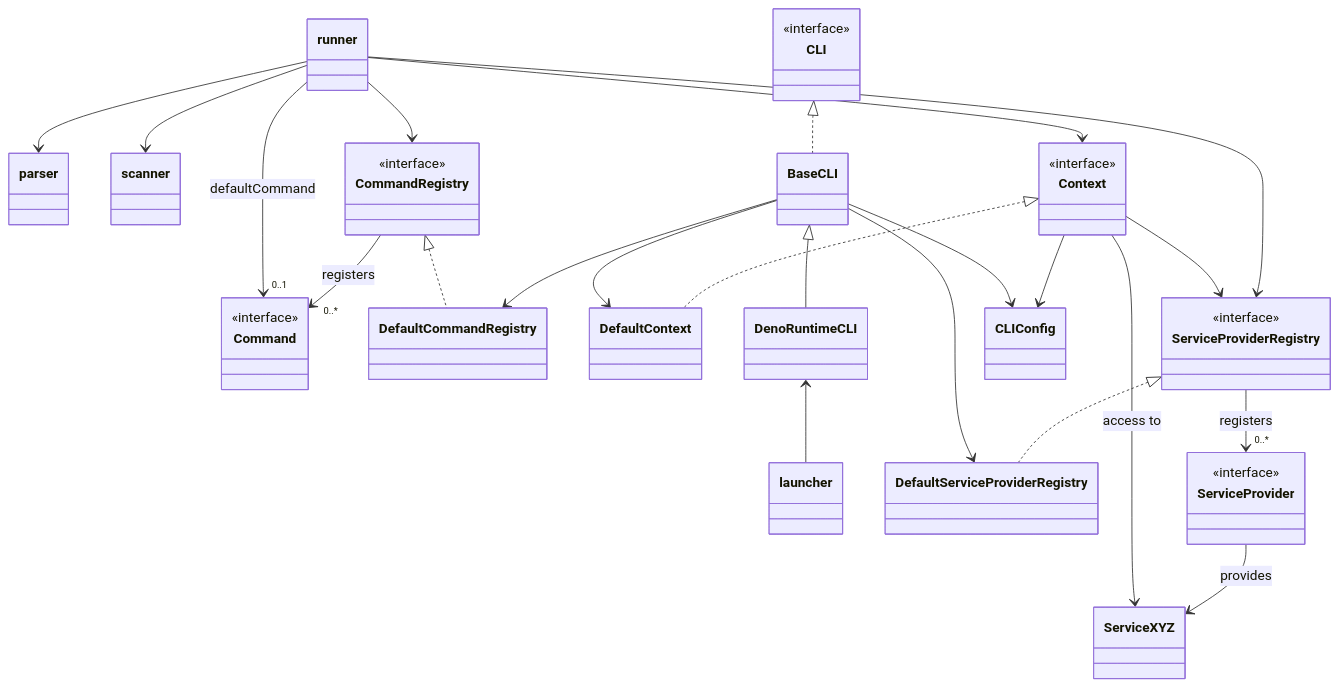
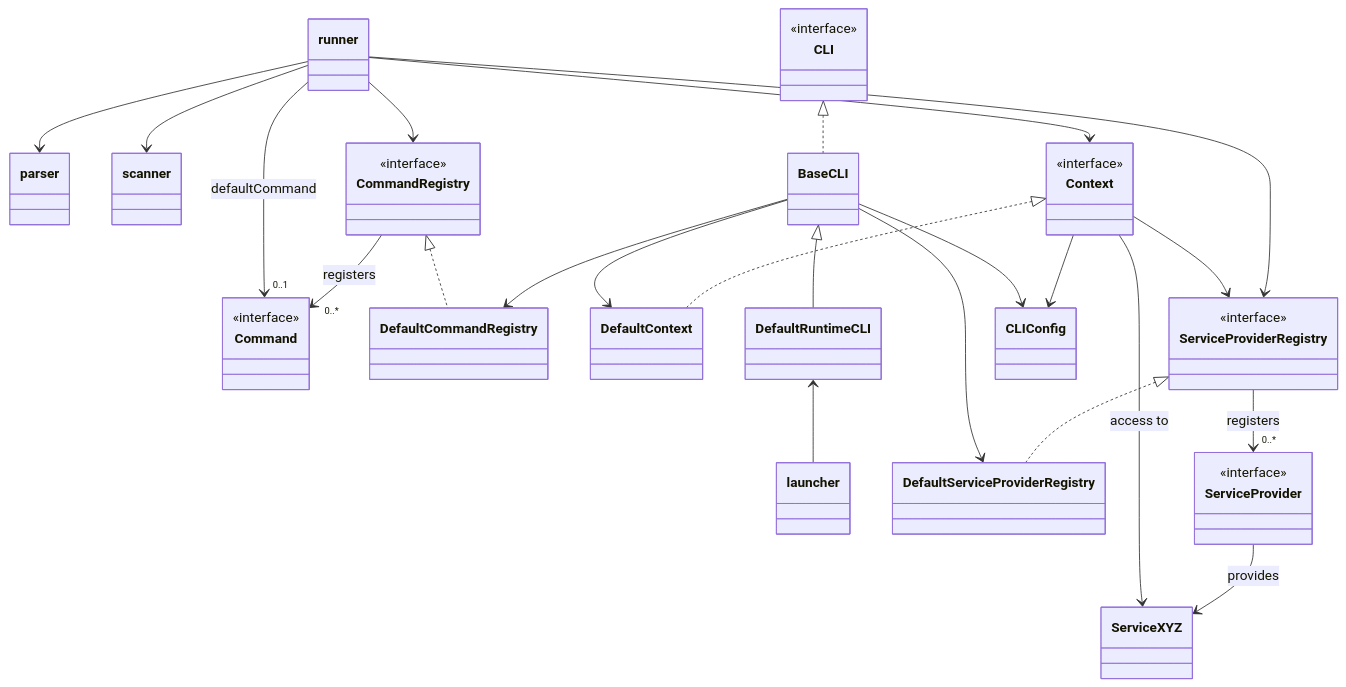
The fourth of 4 diagrams in README.md (flowscripter/dynamic-cli-framework), drawn with Mermaid before and after one commit. The commit also changed other lines of this file and 81 other files, not shown here.

````diff
--- a/README.md
+++ b/README.md
@@ -1367,7 +1381,7 @@
         <<interface>>
     }
 
-    class DenoRuntimeCLI {
+    class DefaultRuntimeCLI {
     }
 
     class CLIConfig {
@@ -1382,7 +1396,7 @@
 
     CLI <|.. BaseCLI
 
-    BaseCLI <|-- DenoRuntimeCLI
+    BaseCLI <|-- DefaultRuntimeCLI
 
     runner --> Context
 
@@ -1418,5 +1432,5 @@
 
     Context --> ServiceXYZ : access to
         
-    DenoRuntimeCLI <-- launcher
+    DefaultRuntimeCLI <-- launcher
 ```
````
